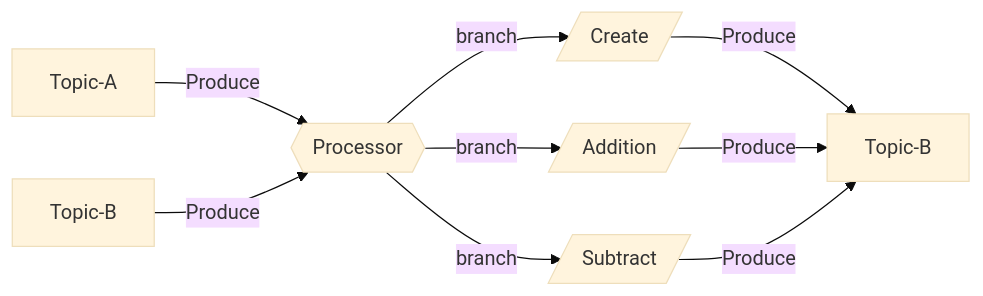
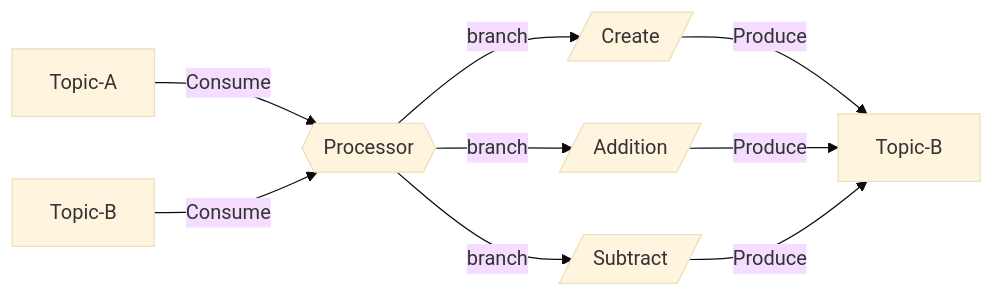
The fifth of 5 diagrams in README.md (pmdevers/MinimalKafka), drawn with Mermaid (base theme) before and after one commit. The commit also changed other lines of this file, not shown here.

````diff
--- a/README.md
+++ b/README.md
@@ -164,11 +164,11 @@
 ```mermaid
 flowchart LR
-A[Topic-A] -->|Produce| C{{Processor}}
-B[Topic-B] -->|Produce| C
+A[Topic-A] -->|Consume| C{{Processor}}
+B[Topic-B] -->|Consume| C
 C -->|branch| D[/Create/] 
 C -->|branch| E[/Addition/]
 C -->|branch| F[/Subtract/]
 D -->|Produce| G[Topic-B]
 E -->|Produce| G[Topic-B]
 F -->|Produce| G[Topic-B]
 ```
````
